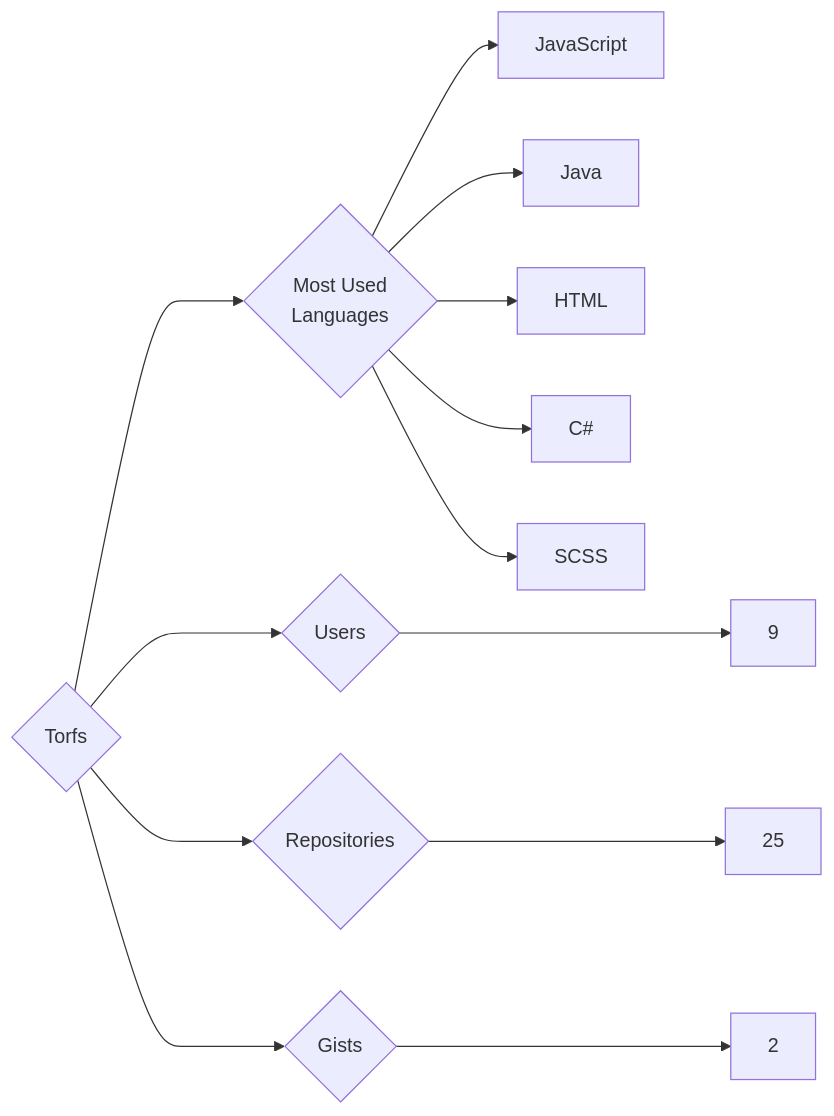
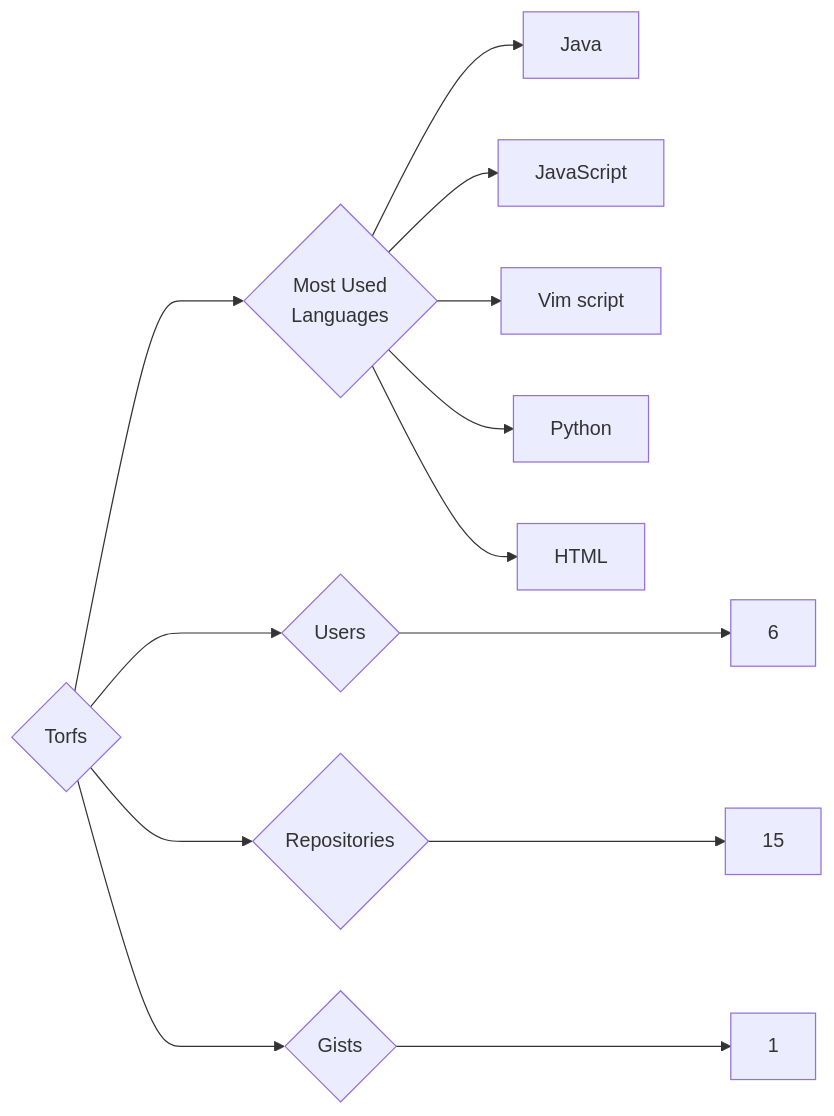
One commit to trickest/insiders changed the diagram in targets/Torfs/README.md. Above: the diagram before and after it, drawn with Mermaid. The commit also changed 912 other files, not shown here.

````diff
--- a/targets/Torfs/README.md
+++ b/targets/Torfs/README.md
@@ -3,13 +3,13 @@
 ```mermaid
 graph LR
 COMPANY_NAME{Torfs}
-COMPANY_NAME ---> U{Users} ---> UN[9]
-COMPANY_NAME ---> R{Repositories} ---> RN[25]
-COMPANY_NAME ---> G{Gists} ---> GN[2]
+COMPANY_NAME ---> U{Users} ---> UN[6]
+COMPANY_NAME ---> R{Repositories} ---> RN[15]
+COMPANY_NAME ---> G{Gists} ---> GN[1]
 COMPANY_NAME ---> ML{Most Used<br>Languages}
+ML --> Java[Java]
 ML --> JavaScript[JavaScript]
-ML --> Java[Java]
+ML --> Vim_script[Vim script]
+ML --> Python[Python]
 ML --> HTML[HTML]
-ML --> C#[C#]
-ML --> SCSS[SCSS]
 ```
````
